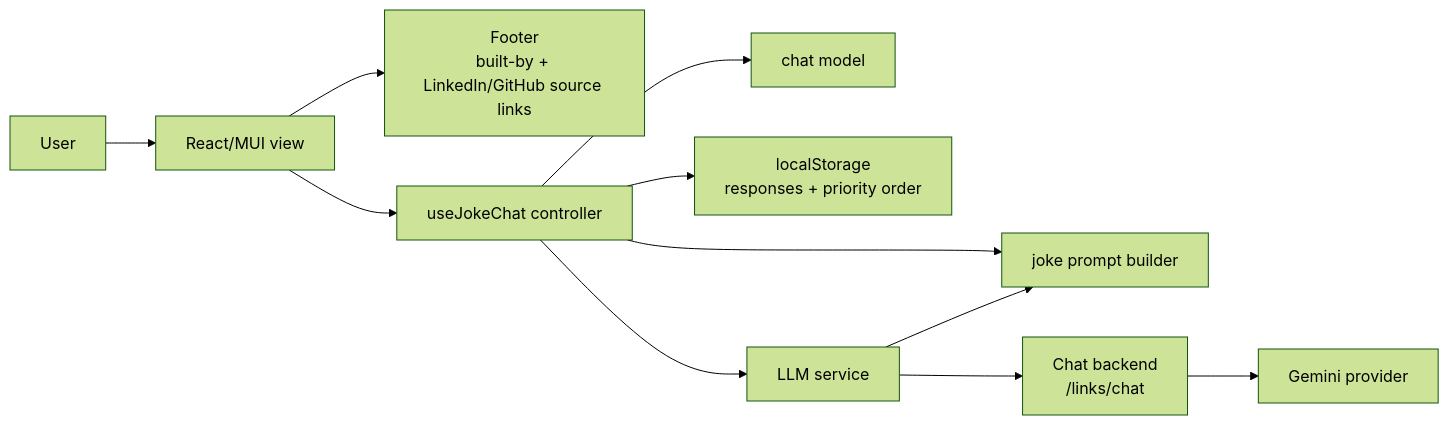
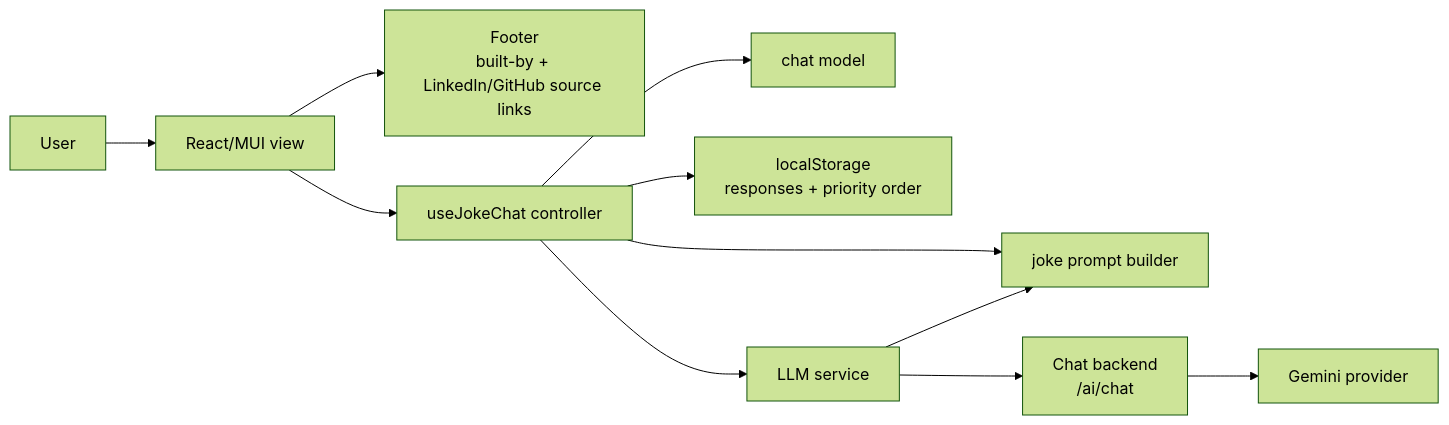
The first of 2 diagrams in architecture.md (johnpfeiffer/joker), drawn with Mermaid (forest theme) before and after one commit. The commit also changed other lines of this file and 9 other files, not shown here.

````diff
--- a/architecture.md
+++ b/architecture.md
@@ -5,13 +5,13 @@
 ```mermaid
 flowchart LR
   U["User"] --> V["React/MUI view"]
   V --> FOOT["Footer<br/>built-by + LinkedIn/GitHub source links"]
   V --> C["useJokeChat controller"]
   C --> M["chat model"]
   C --> P["joke prompt builder"]
   C --> S["localStorage<br/>responses + priority order"]
   C --> L["LLM service"]
   L --> P
-  L --> A["Chat backend<br/>/links/chat"]
+  L --> A["Chat backend<br/>/ai/chat"]
   A --> G["Gemini provider"]
 ```
````
